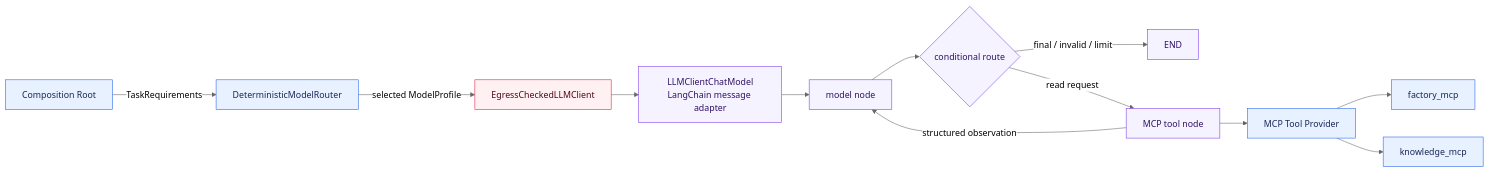
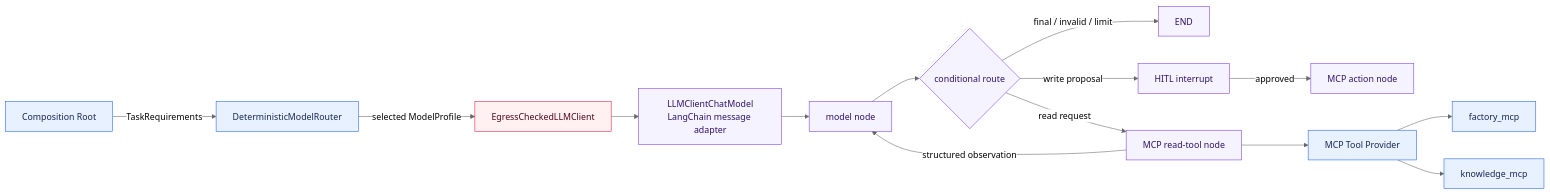
Before and after one commit to aboerzel/industrial-ai-agent: the seventh of 13 diagrams in docs/architecture/overview.md, drawn with Mermaid (neutral theme). The commit also changed other lines of this file and 49 other files, not shown here.

````diff
--- a/docs/architecture/overview.md
+++ b/docs/architecture/overview.md
@@ -366,21 +394,23 @@
 ```mermaid
 flowchart LR
     CR["Composition Root"] -->|"TaskRequirements"| Router["DeterministicModelRouter"]
     Router -->|"selected ModelProfile"| Security["EgressCheckedLLMClient"]
     Security --> Adapter["LLMClientChatModel<br/>LangChain message adapter"]
     Adapter --> Model["model node"]
     Model --> Route{"conditional route"}
     Route -->|"final / invalid / limit"| End["END"]
-    Route -->|"read request"| Tool["MCP tool node"]
+    Route -->|"read request"| Tool["MCP read-tool node"]
+    Route -->|"write proposal"| Approval["HITL interrupt"]
+    Approval -->|"approved"| Action["MCP action node"]
     Tool -->|"structured observation"| Model
     Tool --> Provider["MCP Tool Provider"]
     Provider --> Factory["factory_mcp"]
     Provider --> Knowledge["knowledge_mcp"]
 
     classDef core fill:#e8f1ff,stroke:#2563eb,color:#172554
     classDef framework fill:#f5f3ff,stroke:#7c3aed,color:#2e1065
     classDef security fill:#fff1f2,stroke:#e11d48,color:#4c0519
     class CR,Router,Provider,Factory,Knowledge core
-    class Adapter,Model,Route,Tool,End framework
+    class Adapter,Model,Route,Tool,Approval,Action,End framework
     class Security security
 ```
````
